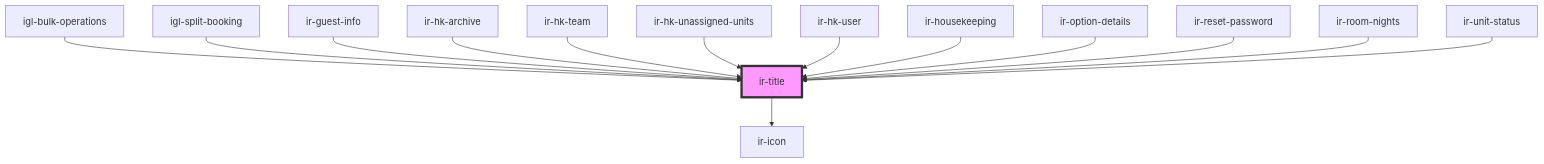
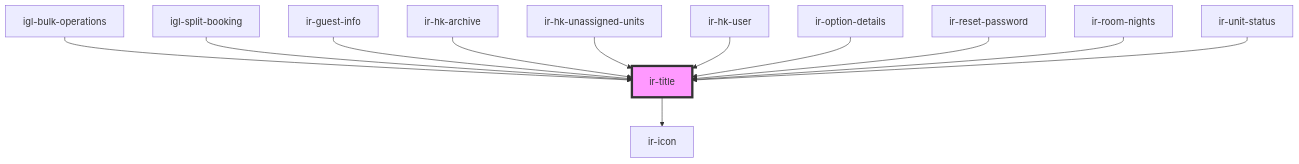
Before and after one commit to RonyRizk/ir-webcmp: the diagram in src/components/ir-title/readme.md, drawn with Mermaid. The commit also changed other lines of this file and 88 other files, not shown here.

````diff
--- a/src/components/ir-title/readme.md
+++ b/src/components/ir-title/readme.md
@@ -47,17 +45,15 @@
 ```mermaid
 graph TD;
   ir-title --> ir-icon
   igl-bulk-operations --> ir-title
   igl-split-booking --> ir-title
   ir-guest-info --> ir-title
   ir-hk-archive --> ir-title
-  ir-hk-team --> ir-title
   ir-hk-unassigned-units --> ir-title
   ir-hk-user --> ir-title
-  ir-housekeeping --> ir-title
   ir-option-details --> ir-title
   ir-reset-password --> ir-title
   ir-room-nights --> ir-title
   ir-unit-status --> ir-title
   style ir-title fill:#f9f,stroke:#333,stroke-width:4px
 ```
````
